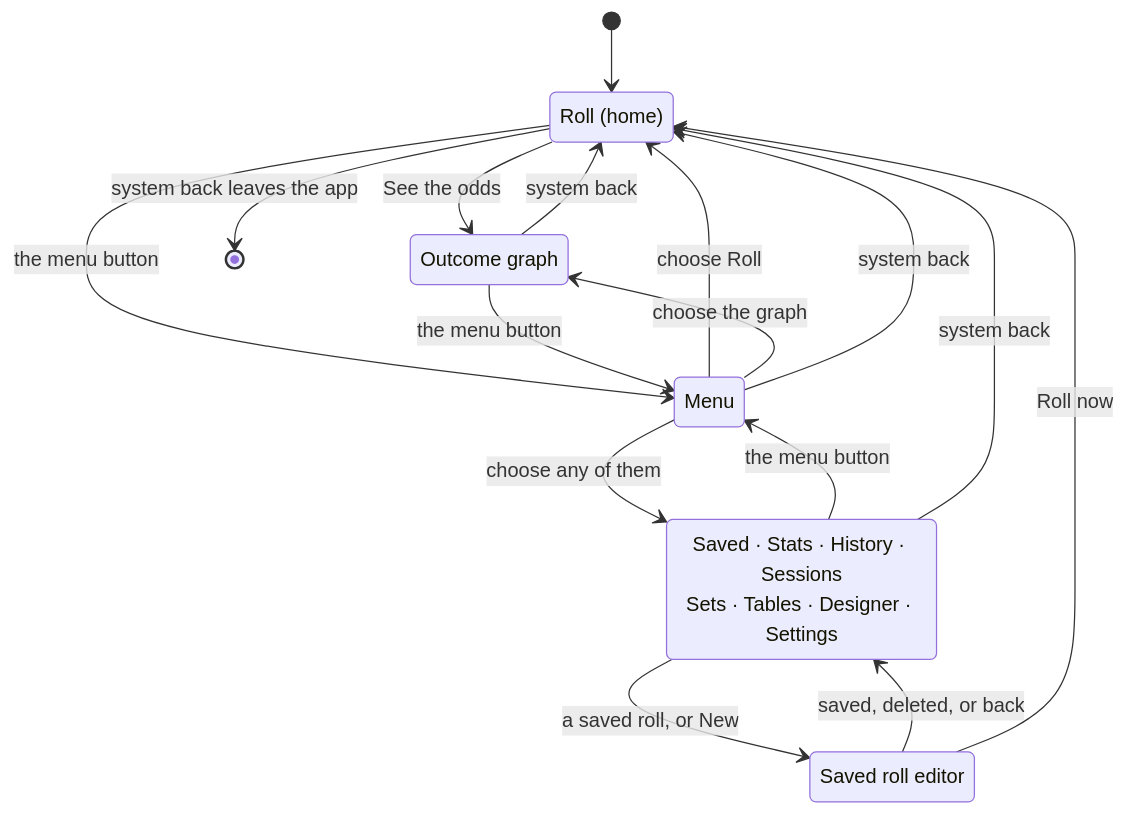
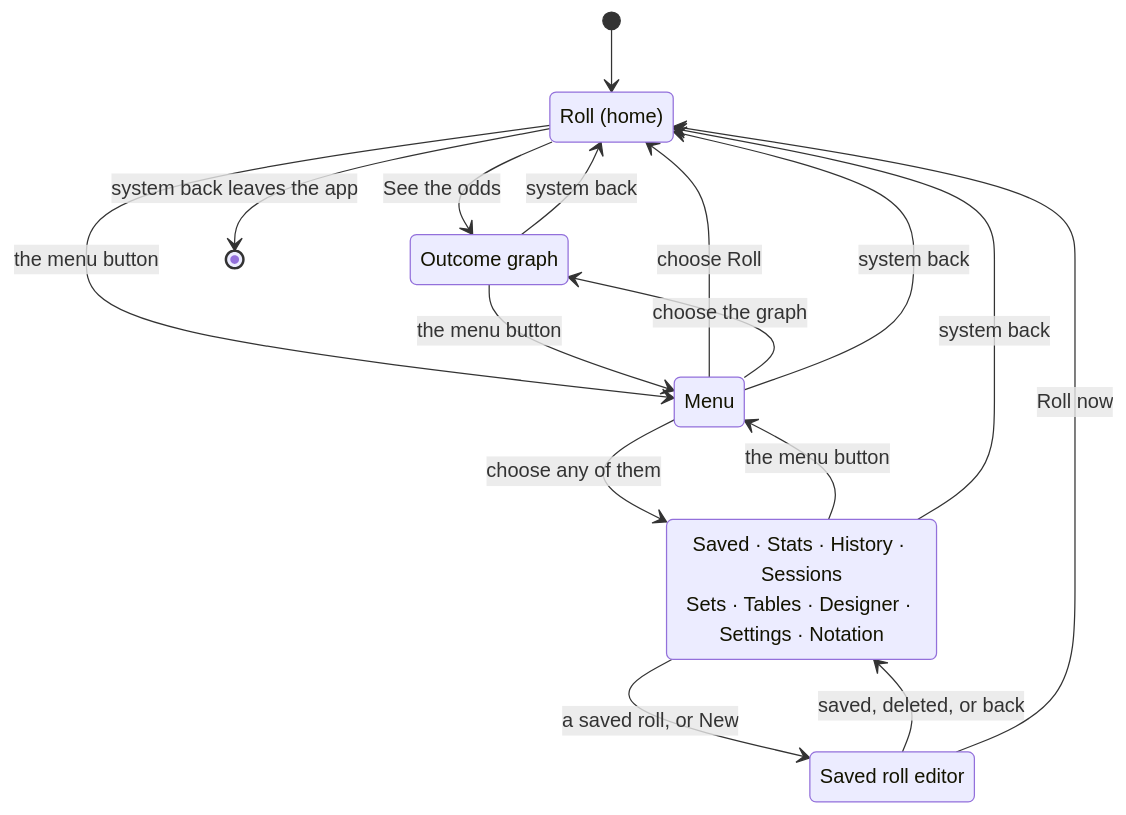
Before and after one commit to drehtuer/dInfinityApp: the first of 6 diagrams in docs/architecture.md, drawn with Mermaid. The commit also changed other lines of this file and 14 other files, not shown here.

````diff
--- a/docs/architecture.md
+++ b/docs/architecture.md
@@ -160,24 +160,24 @@
 ```mermaid
 stateDiagram-v2
     [*] --> Roll
     Roll: Roll (home)
     Menu: Menu
     Graph: Outcome graph
-    Screen: Saved · Stats · History · Sessions<br/>Sets · Tables · Designer · Settings
+    Screen: Saved · Stats · History · Sessions<br/>Sets · Tables · Designer · Settings · Notation
     Editor: Saved roll editor
 
     Roll --> Graph: See the odds
     Roll --> Menu: the menu button
     Screen --> Editor: a saved roll, or New
     Editor --> Screen: saved, deleted, or back
     Editor --> Roll: Roll now
     Graph --> Menu: the menu button
     Screen --> Menu: the menu button
     Menu --> Roll: choose Roll
     Menu --> Graph: choose the graph
     Menu --> Screen: choose any of them
     Graph --> Roll: system back
     Screen --> Roll: system back
     Menu --> Roll: system back
     Roll --> [*]: system back leaves the app
 ```
````
